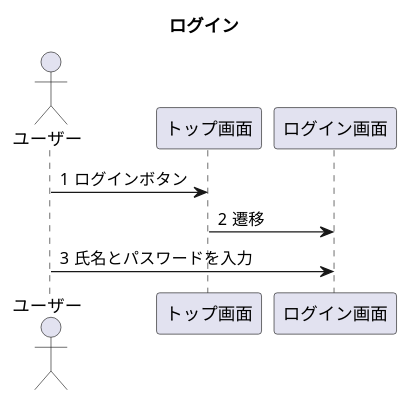
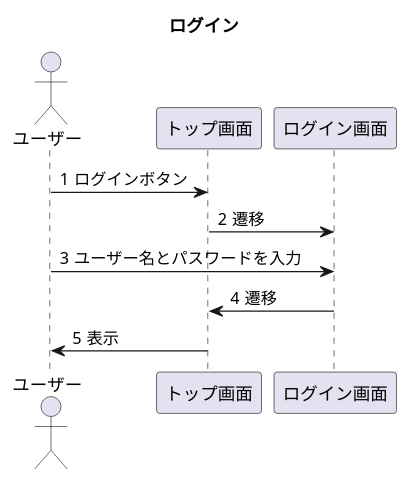
Before and after one commit to Tyamanaka07/WebSystem: the diagram in UML/seq_login.pu, drawn with PlantUML. The commit also changed 1 other file, not shown here.

```diff
--- a/UML/seq_login.pu
+++ b/UML/seq_login.pu
@@ -1,10 +1,12 @@
 @startuml
 title ログイン
 actor ユーザー
 autonumber "#"
 
 ユーザー->トップ画面:ログインボタン
 トップ画面->ログイン画面:遷移
-ユーザー->ログイン画面:氏名とパスワードを入力
+ユーザー->ログイン画面:ユーザー名とパスワードを入力
+ログイン画面->トップ画面:遷移
+トップ画面->ユーザー:表示
 
 @enduml
```
